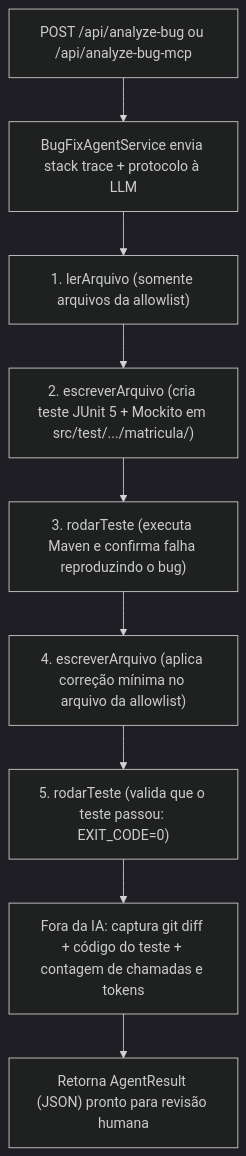
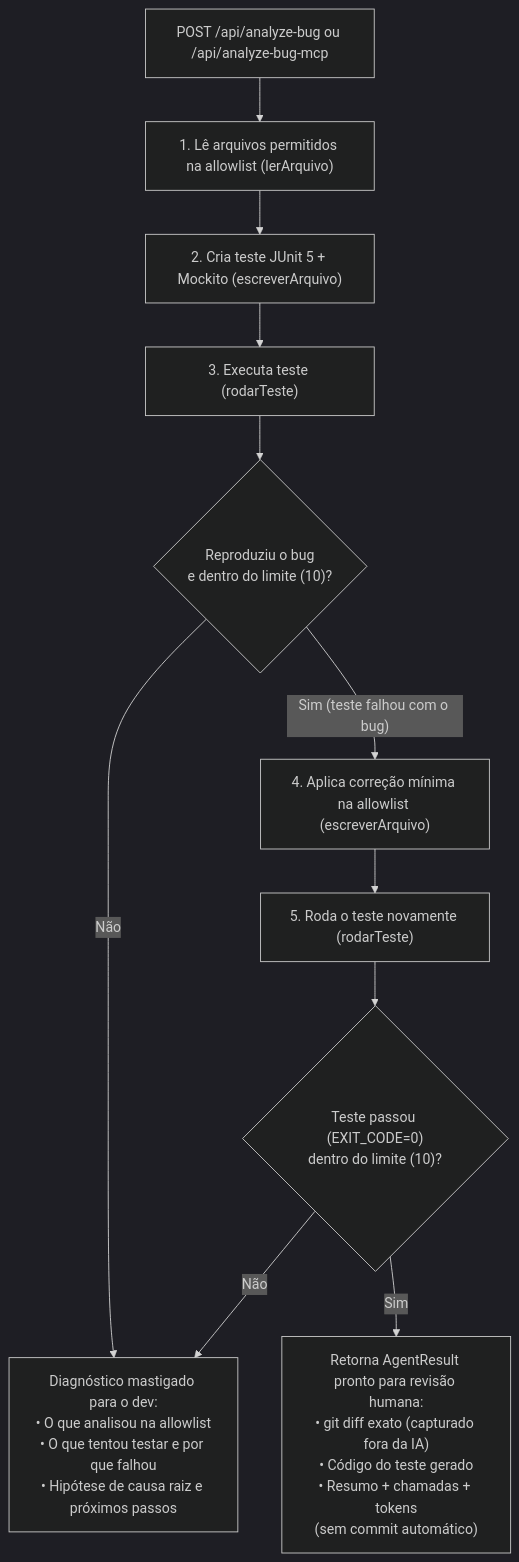
The diagram in README.md (Pedro-Lucas-Maia/automatic-bug-fixing-demo), drawn with Mermaid (dark theme) before and after one commit. The commit also changed other lines of this file, not shown here.

Commit message:
docs(core): updates README.md to reflect core project flow chart

````diff
--- a/README.md
+++ b/README.md
@@ -68,11 +72,16 @@
 ```mermaid
 flowchart TD
-    A["POST /api/analyze-bug ou /api/analyze-bug-mcp"] --> B["BugFixAgentService envia stack trace + protocolo à LLM"]
-    B --> C["1. lerArquivo (somente arquivos da allowlist)"]
-    C --> D["2. escreverArquivo (cria teste JUnit 5 + Mockito em src/test/.../matricula/)"]
-    D --> E["3. rodarTeste (executa Maven e confirma falha reproduzindo o bug)"]
-    E --> F["4. escreverArquivo (aplica correção mínima no arquivo da allowlist)"]
-    F --> G["5. rodarTeste (valida que o teste passou: EXIT_CODE=0)"]
-    G --> H["Fora da IA: captura git diff + código do teste + contagem de chamadas e tokens"]
-    H --> I["Retorna AgentResult (JSON) pronto para revisão humana"]
+    A["POST /api/analyze-bug ou /api/analyze-bug-mcp"] --> B["1. Lê arquivos permitidos na allowlist (lerArquivo)"]
+    B --> C["2. Cria teste JUnit 5 + Mockito (escreverArquivo)"]
+    C --> D["3. Executa teste (rodarTeste)"]
+    D --> E{"Reproduziu o bug\ne dentro do limite (10)? "}
+
+    E -- "Não" --> FALLBACK["Diagnóstico mastigado para o dev:\n• O que analisou na allowlist\n• O que tentou testar e por que falhou\n• Hipótese de causa raiz e próximos passos"]
+
+    E -- "Sim (teste falhou com o bug)" --> F["4. Aplica correção mínima na allowlist (escreverArquivo)"]
+    F --> G["5. Roda o teste novamente (rodarTeste)"]
+    G --> H{"Teste passou (EXIT_CODE=0)\ndentro do limite (10)?"}
+
+    H -- "Sim" --> OK["Retorna AgentResult pronto para revisão humana:\n• git diff exato (capturado fora da IA)\n• Código do teste gerado\n• Resumo + chamadas + tokens\n(sem commit automático)"]
+    H -- "Não" --> FALLBACK
 ```
````
